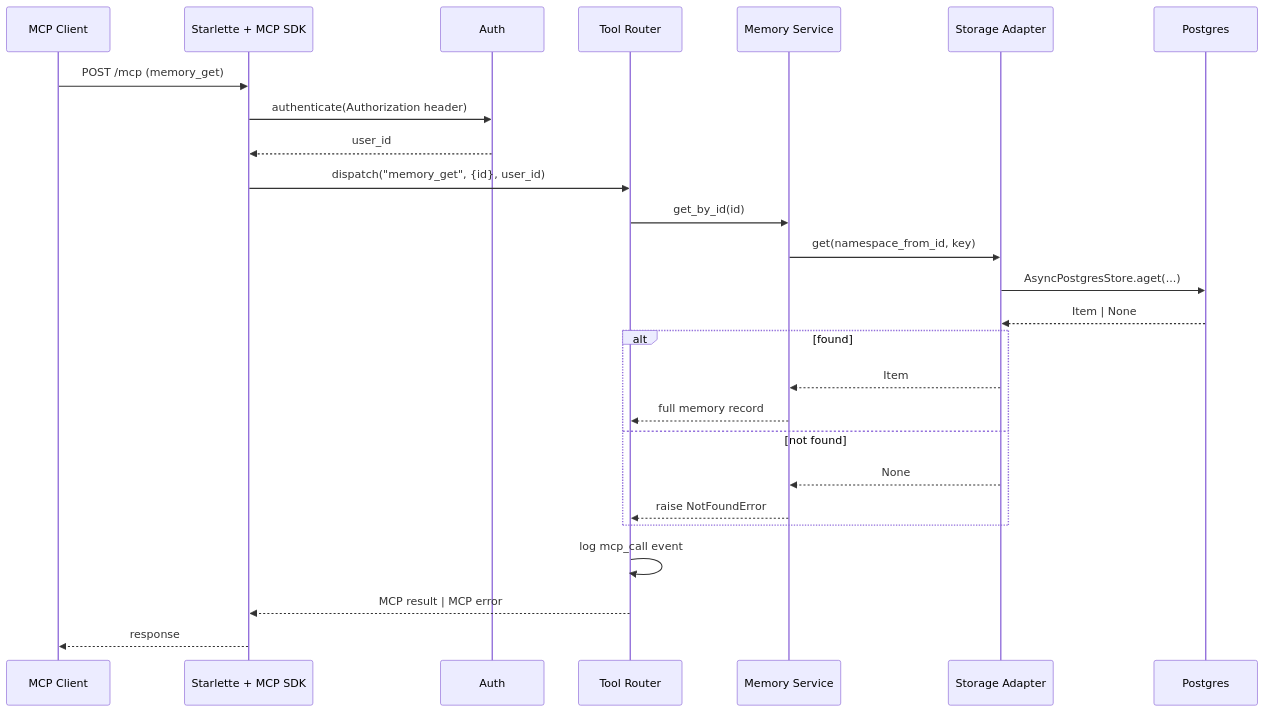
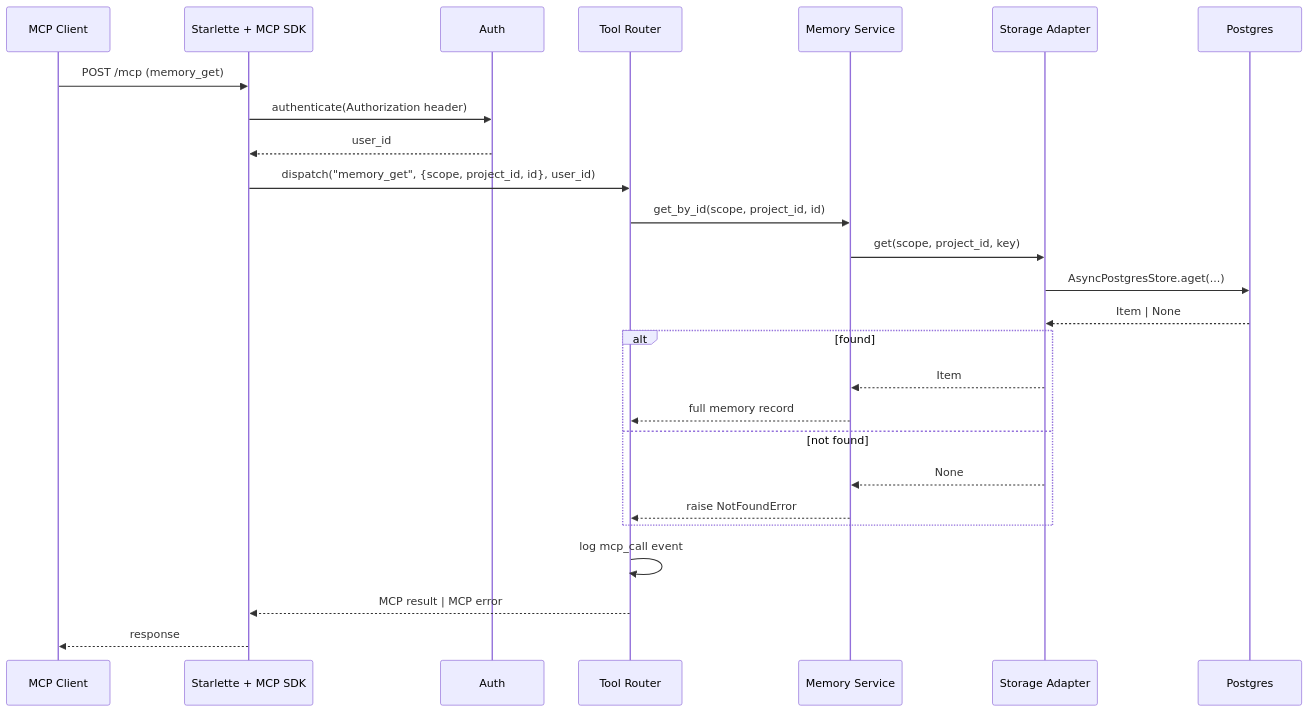
Before and after one commit to mironyx/recall: the second of 4 diagrams in docs/design/v2/lld-e1-one-memory-e2e.md, drawn with Mermaid. The commit also changed other lines of this file and 9 other files, not shown here.

First line of the commit message:
E1.5: Memory Service — save + get_by_id, scope-explicit (ADR-0015) (#115)

````diff
--- a/docs/design/v2/lld-e1-one-memory-e2e.md
+++ b/docs/design/v2/lld-e1-one-memory-e2e.md
@@ -75,29 +77,29 @@
 ```mermaid
 sequenceDiagram
     participant Agent as MCP Client
     participant Transport as Starlette + MCP SDK
     participant Auth as Auth
     participant Router as Tool Router
     participant MS as Memory Service
     participant SA as Storage Adapter
     participant DB as Postgres
 
     Agent->>Transport: POST /mcp (memory_get)
     Transport->>Auth: authenticate(Authorization header)
     Auth-->>Transport: user_id
-    Transport->>Router: dispatch("memory_get", {id}, user_id)
-    Router->>MS: get_by_id(id)
-    MS->>SA: get(namespace_from_id, key)
+    Transport->>Router: dispatch("memory_get", {scope, project_id, id}, user_id)
+    Router->>MS: get_by_id(scope, project_id, id)
+    MS->>SA: get(scope, project_id, key)
     SA->>DB: AsyncPostgresStore.aget(...)
     DB-->>SA: Item | None
     alt found
         SA-->>MS: Item
         MS-->>Router: full memory record
     else not found
         SA-->>MS: None
         MS-->>Router: raise NotFoundError
     end
     Router->>Router: log mcp_call event
     Router-->>Transport: MCP result | MCP error
     Transport-->>Agent: response
 ```
````
